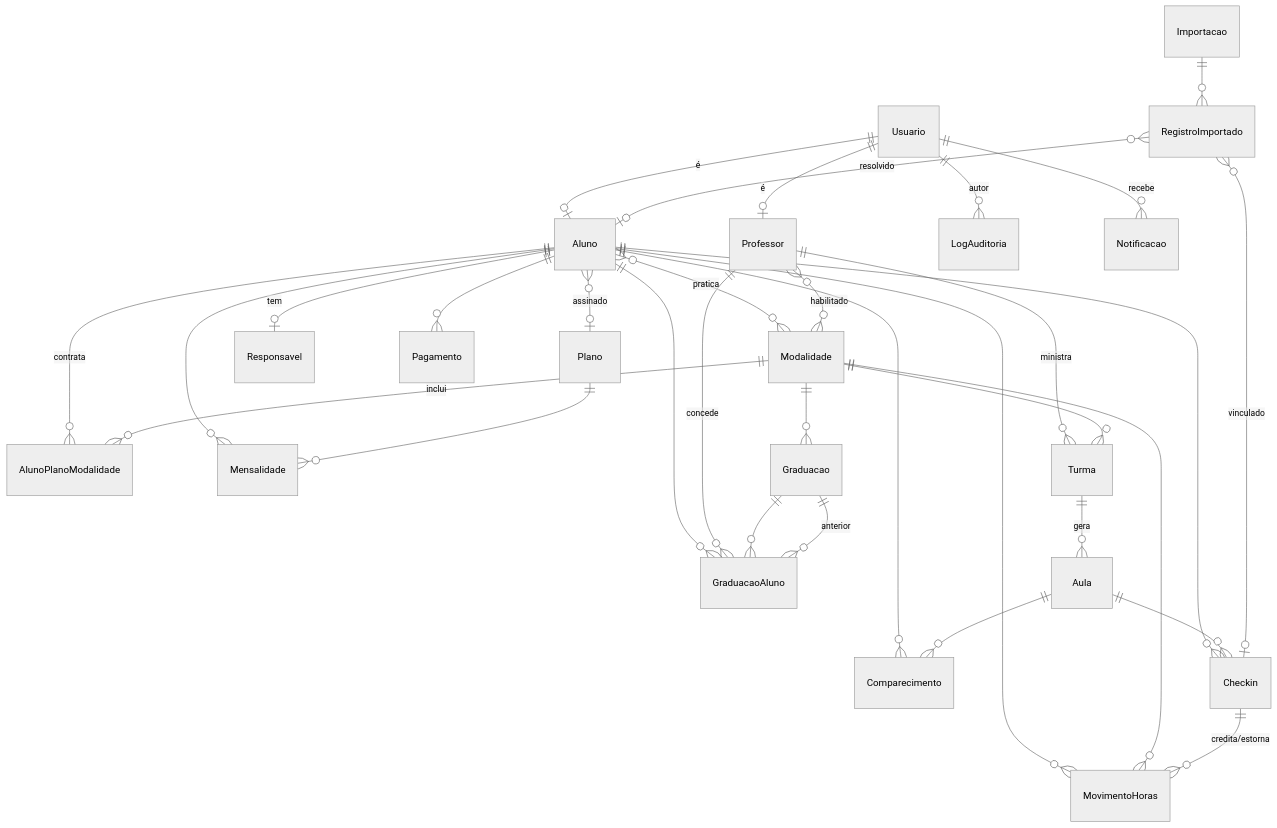
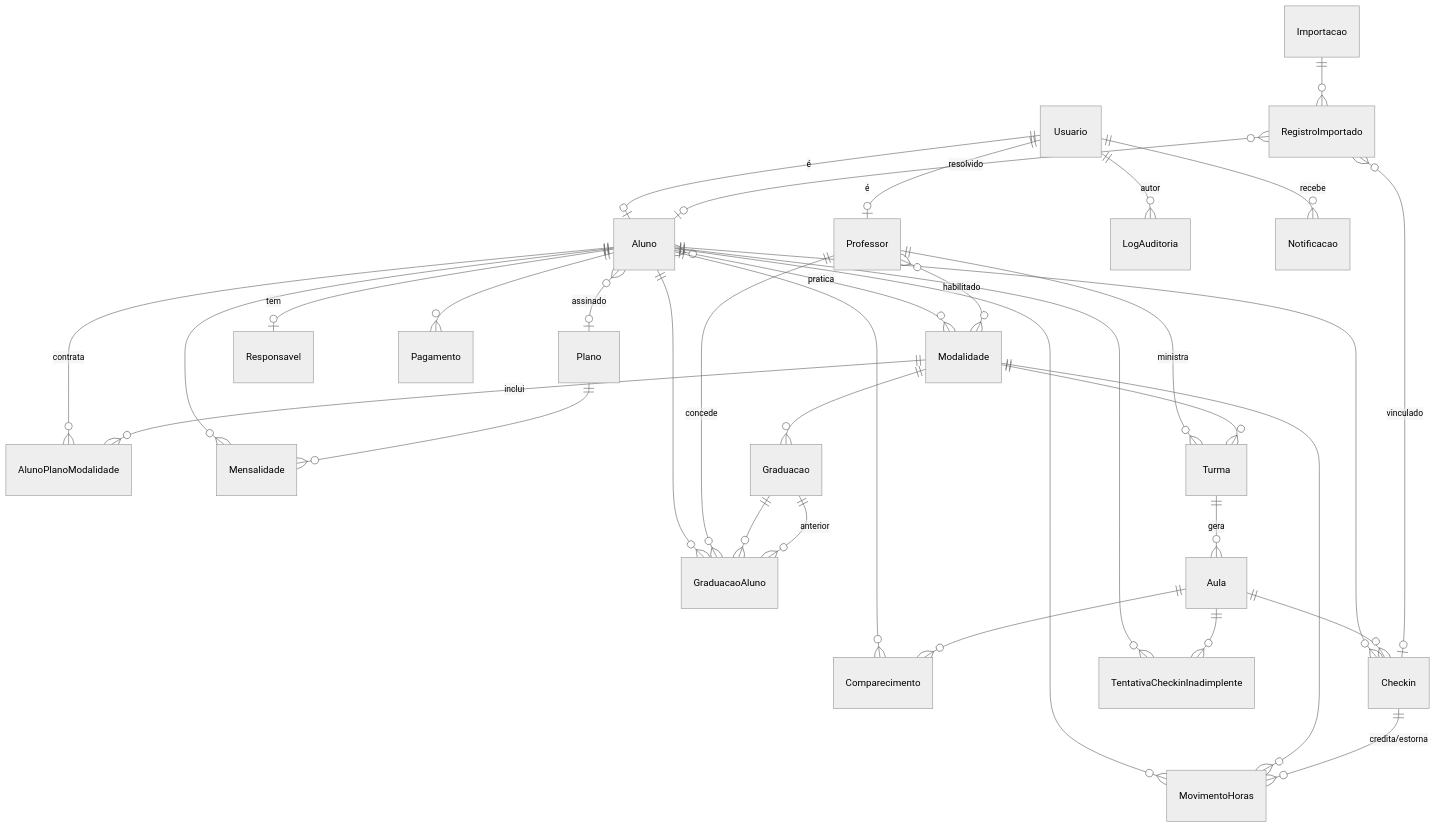
Before and after one commit to OtacilioN/sistema-ecvo: the diagram in docs/modelo-dados.md, drawn with Mermaid (neutral theme). The commit also changed other lines of this file and 25 other files, not shown here.

````diff
--- a/docs/modelo-dados.md
+++ b/docs/modelo-dados.md
@@ -28,40 +31,42 @@
 ```mermaid
 erDiagram
   Usuario ||--o| Aluno : "é"
   Usuario ||--o| Professor : "é"
   Usuario ||--o{ LogAuditoria : "autor"
   Usuario ||--o{ Notificacao : "recebe"
 
   Aluno }o--o| Plano : "assinado"
   Aluno ||--o{ AlunoPlanoModalidade : "contrata"
   Modalidade ||--o{ AlunoPlanoModalidade : "inclui"
   Aluno }o--o{ Modalidade : "pratica"
   Aluno ||--o| Responsavel : "tem"
   Aluno ||--o{ Comparecimento : ""
   Aluno ||--o{ Checkin : ""
+  Aluno ||--o{ TentativaCheckinInadimplente : ""
   Aluno ||--o{ MovimentoHoras : ""
   Aluno ||--o{ GraduacaoAluno : ""
   Aluno ||--o{ Mensalidade : ""
   Aluno ||--o{ Pagamento : ""
 
   Professor }o--o{ Modalidade : "habilitado"
   Professor ||--o{ Turma : "ministra"
   Professor ||--o{ GraduacaoAluno : "concede"
 
   Modalidade ||--o{ Turma : ""
   Modalidade ||--o{ Graduacao : ""
   Modalidade ||--o{ MovimentoHoras : ""
   Turma ||--o{ Aula : "gera"
 
   Aula ||--o{ Comparecimento : ""
   Aula ||--o{ Checkin : ""
+  Aula ||--o{ TentativaCheckinInadimplente : ""
   Checkin ||--o{ MovimentoHoras : "credita/estorna"
 
   Graduacao ||--o{ GraduacaoAluno : ""
   Graduacao ||--o{ GraduacaoAluno : "anterior"
   Plano ||--o{ Mensalidade : ""
 
   Importacao ||--o{ RegistroImportado : ""
   RegistroImportado }o--o| Aluno : "resolvido"
   RegistroImportado }o--o| Checkin : "vinculado"
 ```
````
